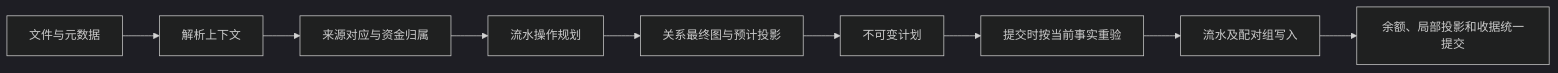
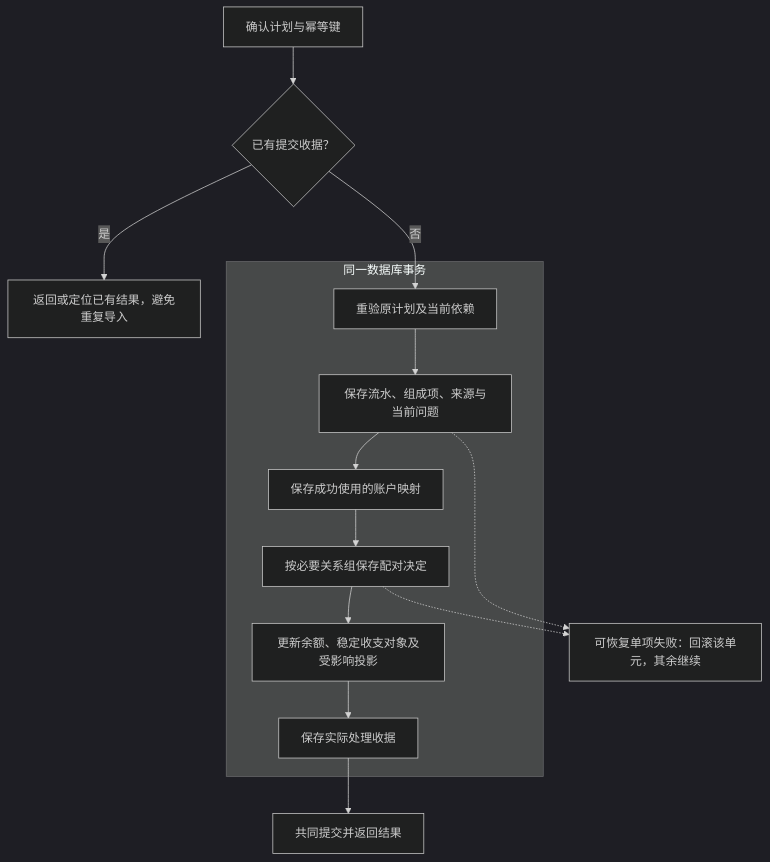
One commit to ssttkkl/finance-tracker changed the fourth of 5 diagrams in docs/cash-import-flow.md. Above: the diagram before and after it, drawn with Mermaid (dark theme). The commit also changed other lines of this file and 96 other files, not shown here.

````diff
--- a/docs/cash-import-flow.md
+++ b/docs/cash-import-flow.md
@@ -159,11 +216,16 @@
 ```mermaid
-flowchart LR
-    A[文件与元数据] --> B[解析上下文]
-    B --> C[来源对应与资金归属]
-    C --> D[流水操作规划]
-    D --> E[关系最终图与预计投影]
-    E --> F[不可变计划]
-    F --> G[提交时按当前事实重验]
-    G --> H[流水及配对组写入]
-    H --> I[余额、局部投影和收据统一提交]
+flowchart TD
+    A[确认计划与幂等键] --> B{已有提交收据？}
+    B -->|是| R[返回或定位已有结果，避免重复导入]
+    B -->|否| C[重验原计划及当前依赖]
+    subgraph T[同一数据库事务]
+        C --> D[保存流水、组成项、来源与当前问题]
+        D --> E[保存成功使用的账户映射]
+        E --> F[按必要关系组保存配对决定]
+        F --> G[更新余额、稳定收支对象及受影响投影]
+        G --> H[保存实际处理收据]
+    end
+    H --> I[共同提交并返回结果]
+    D -.-> J[可恢复单项失败：回滚该单元，其余继续]
+    F -.-> J
 ```
````
